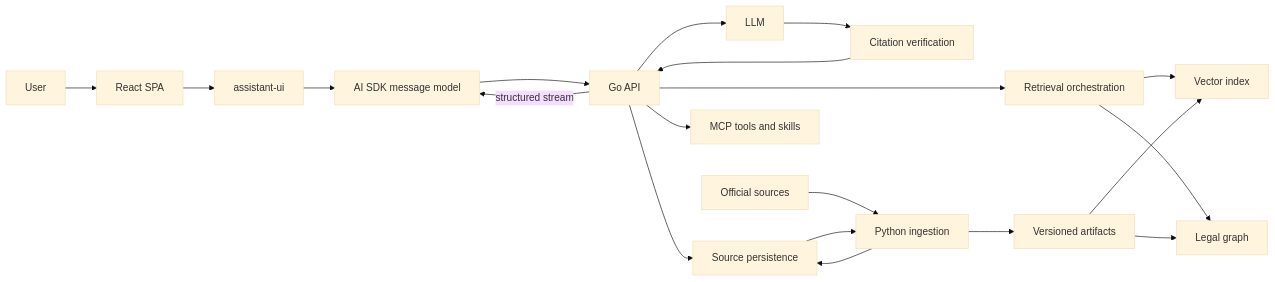
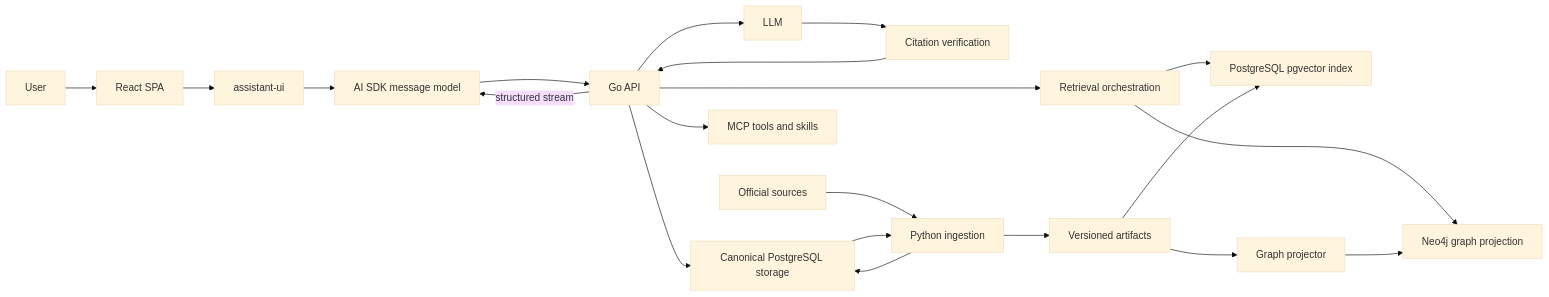
The first of 2 diagrams in docs/architecture/overview.md (dharlanoliveira/norvii), drawn with Mermaid (base theme) before and after one commit. The commit also changed other lines of this file and 85 other files, not shown here.

````diff
--- a/docs/architecture/overview.md
+++ b/docs/architecture/overview.md
@@ -9,24 +9,25 @@
 ```mermaid
 flowchart LR
     U[User] --> W[React SPA]
     W --> A[assistant-ui]
     A --> K[AI SDK message model]
     K --> B[Go API]
     B --> R[Retrieval orchestration]
-    R --> V[Vector index]
-    R --> G[Legal graph]
+    R --> V[PostgreSQL pgvector index]
+    R --> G[Neo4j graph projection]
     B --> L[LLM]
     L --> C[Citation verification]
     C --> B
     B -->|structured stream| K
 
     F[Official sources] --> I[Python ingestion]
-    D[Source persistence] --> I
+    D[Canonical PostgreSQL storage] --> I
     I --> N[Versioned artifacts]
     N --> V
-    N --> G
+    N --> P[Graph projector]
+    P --> G
     I --> D
 
     B --> D
     B --> M[MCP tools and skills]
 ```
````
